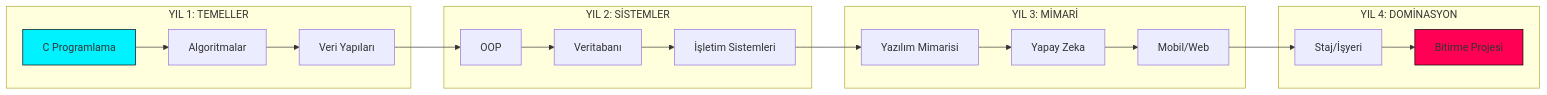
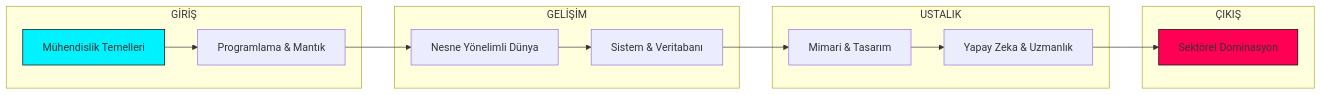
The diagram in README.md (bahattinyunus/Karadeniz-Teknik-Universitesi-Yazilim-Muhendisligi-Ders-Notlari), drawn with Mermaid before and after one commit. The commit also changed other lines of this file, not shown here.

````diff
--- a/README.md
+++ b/README.md
@@ -113,27 +87,19 @@
 ```mermaid
 graph LR
-    subgraph "YIL 1: TEMELLER"
-    A1[C Programlama] --> A2[Algoritmalar]
-    A2 --> A3[Veri Yapıları]
+    subgraph "GİRİŞ"
+    A[Mühendislik Temelleri] --> B[Programlama & Mantık]
     end
-
-    subgraph "YIL 2: SİSTEMLER"
-    A3 --> B1[OOP]
-    B1 --> B2[Veritabanı]
-    B2 --> B3[İşletim Sistemleri]
+    subgraph "GELİŞİM"
+    B --> C[Nesne Yönelimli Dünya]
+    C --> D[Sistem & Veritabanı]
     end
-
-    subgraph "YIL 3: MİMARİ"
-    B3 --> C1[Yazılım Mimarisi]
-    C1 --> C2[Yapay Zeka]
-    C2 --> C3[Mobil/Web]
+    subgraph "USTALIK"
+    D --> E[Mimari & Tasarım]
+    E --> F[Yapay Zeka & Uzmanlık]
     end
-
-    subgraph "YIL 4: DOMİNASYON"
-    C3 --> D1[Staj/İşyeri]
-    D1 --> D2[Bitirme Projesi]
+    subgraph "ÇIKIŞ"
+    F --> G[Sektörel Dominasyon]
     end
-
-    style A1 fill:#00f2ff,stroke:#000
-    style D2 fill:#ff0055,stroke:#000
+    style A fill:#00f2ff,stroke:#000
+    style G fill:#ff0055,stroke:#000
 ```
````
